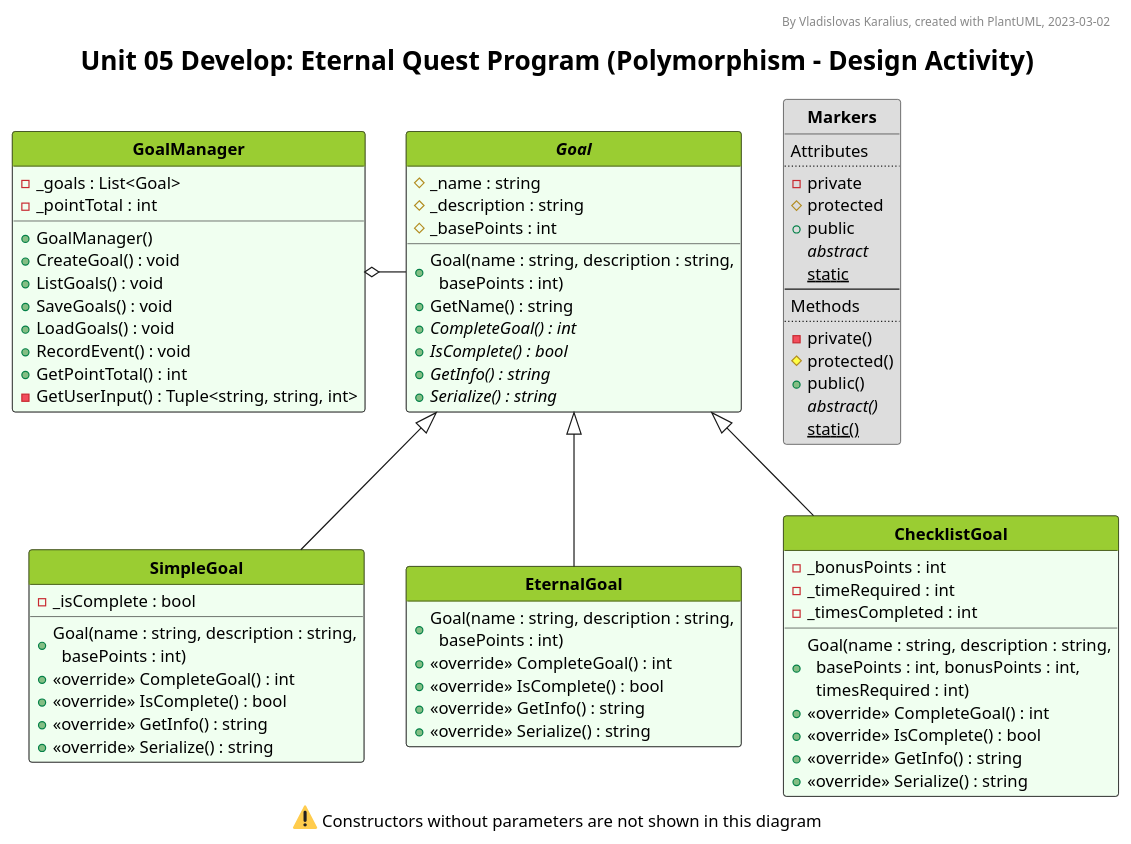
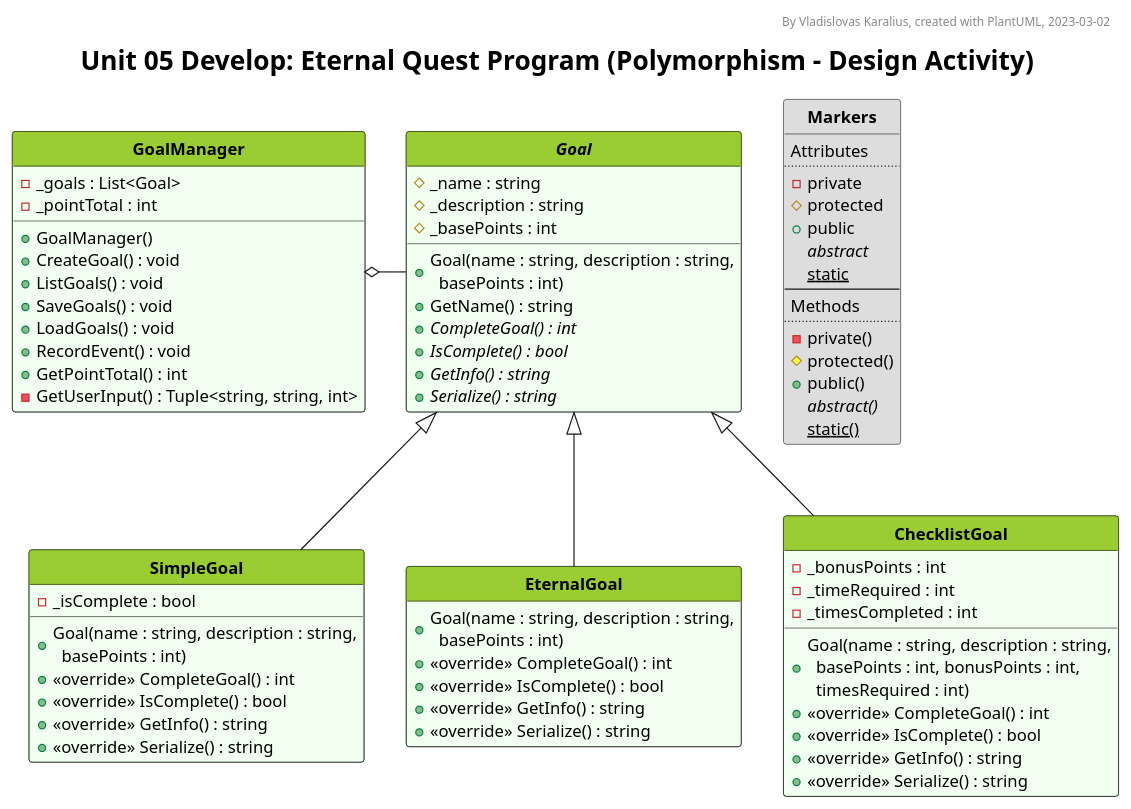
Before and after one commit to VladKaralius/cse210-projects: the diagram in prove/Develop05/UML_diagram.pu, drawn with PlantUML.

Commit message:
Small fixes

```diff
--- a/prove/Develop05/UML_diagram.pu
+++ b/prove/Develop05/UML_diagram.pu
@@ -43,7 +43,7 @@
 '--Header, title, caption--
 header By Vladislovas Karalius, created with PlantUML, 2023-03-02
 title Unit 05 Develop: Eternal Quest Program (Polymorphism - Design Activity)
-caption <:warning:> Constructors without parameters are not shown in this diagram
+'caption <:warning:> Constructors without parameters are not shown in this diagram
 
 ' Dummy class that explains visibility symbols
 class Markers #dddddd {
```
